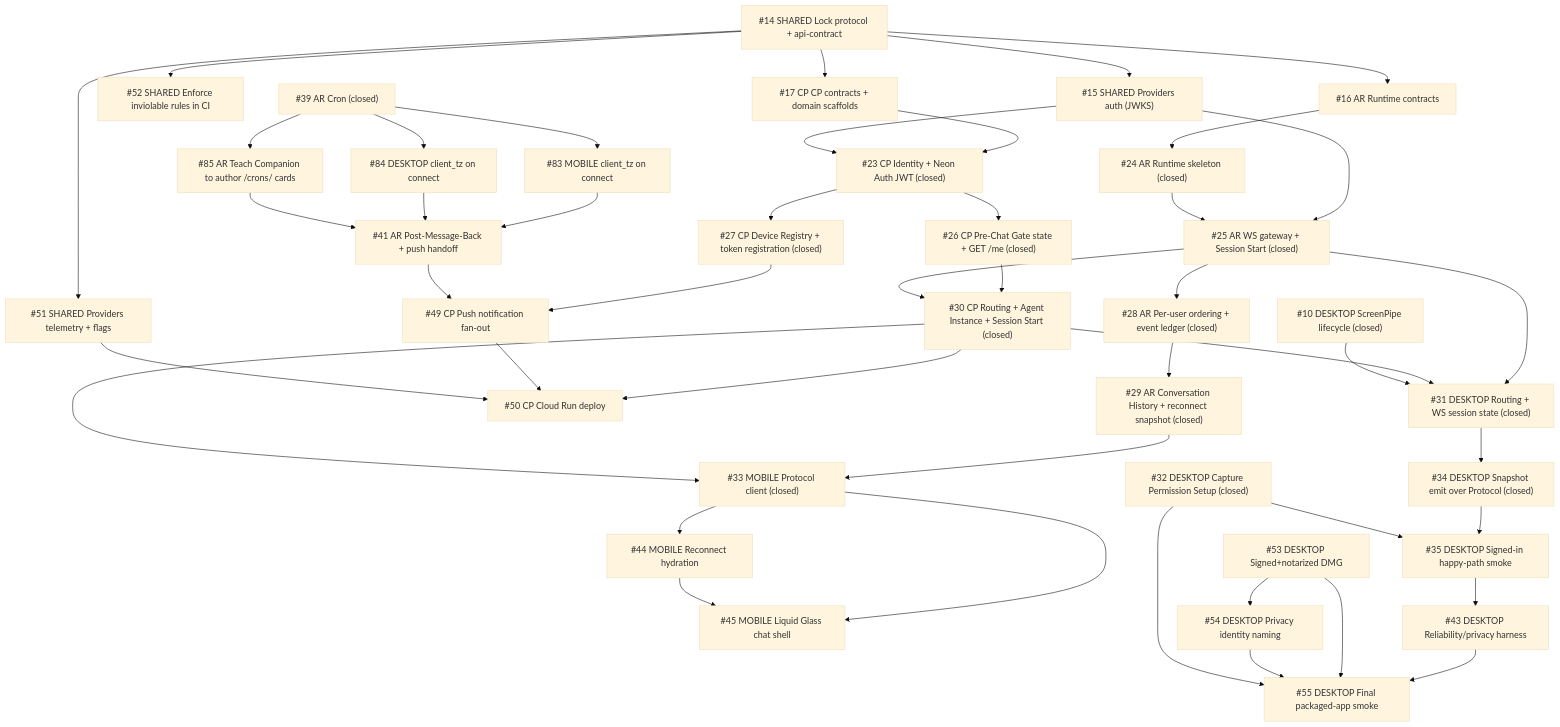
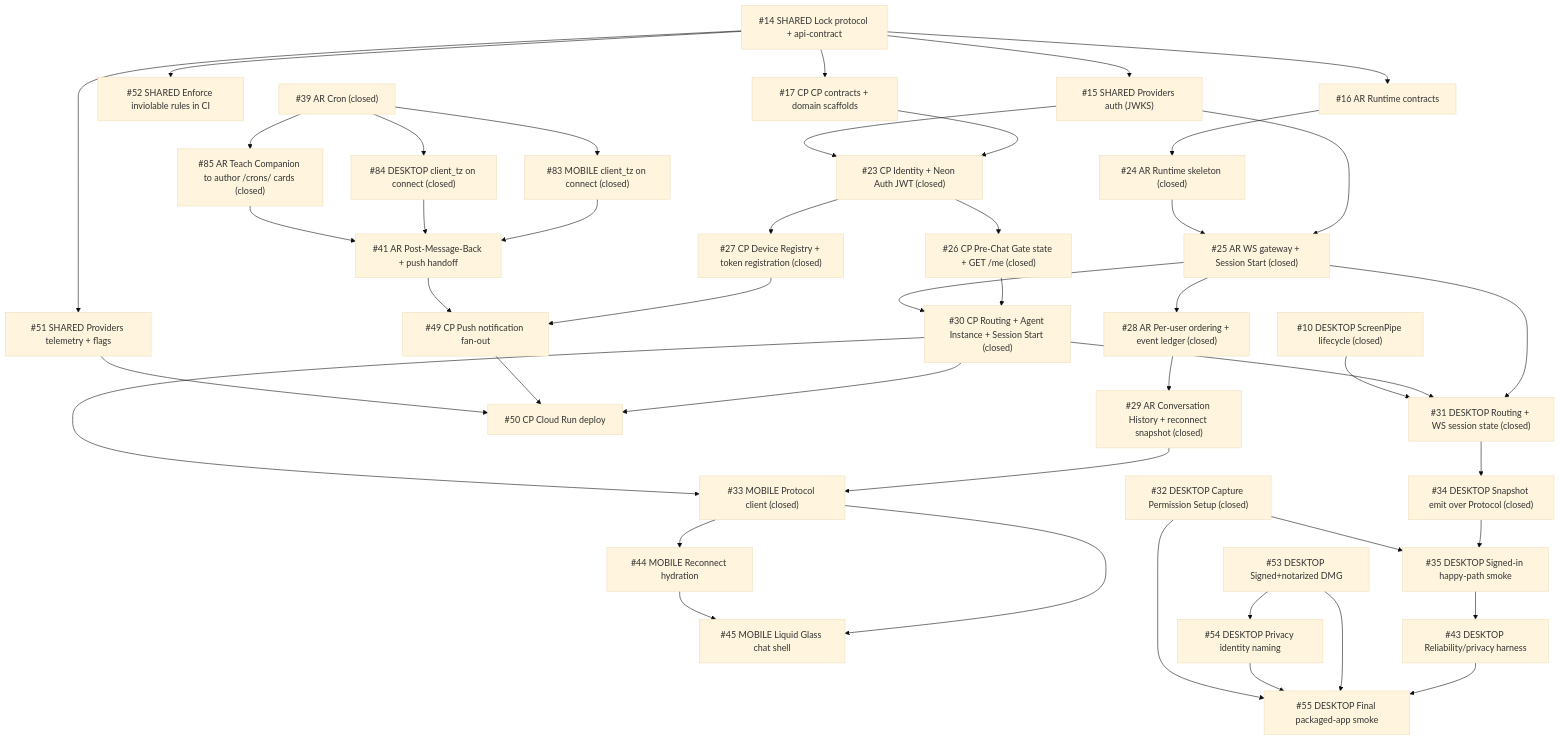
Before and after one commit to sruj75/Intentive: the diagram in docs/ISSUE-BOARD.md, drawn with Mermaid (base theme). The commit also changed other lines of this file and 13 other files, not shown here.

First line of the commit message:
Complete Cron activation lane: client_tz (#83, #84) and floor docs (#85) (#87)

````diff
--- a/docs/ISSUE-BOARD.md
+++ b/docs/ISSUE-BOARD.md
@@ -30,56 +28,56 @@
 ```mermaid
 flowchart TD
   N08["#14 SHARED Lock protocol + api-contract"] --> N09["#15 SHARED Providers auth (JWKS)"]
   N08 --> N45["#51 SHARED Providers telemetry + flags"]
   N08 --> N46["#52 SHARED Enforce inviolable rules in CI"]
 
   N08 --> N10["#16 AR Runtime contracts"]
   N08 --> N11["#17 CP CP contracts + domain scaffolds"]
 
   N10 --> N18["#24 AR Runtime skeleton (closed)"]
   N09 --> N19
   N18 --> N19["#25 AR WS gateway + Session Start (closed)"]
   N19 --> N22["#28 AR Per-user ordering + event ledger (closed)"]
   N22 --> N23["#29 AR Conversation History + reconnect snapshot (closed)"]
 
   N11 --> N17["#23 CP Identity + Neon Auth JWT (closed)"]
   N09 --> N17
   N17 --> N20["#26 CP Pre-Chat Gate state + GET /me (closed)"]
   N17 --> N21["#27 CP Device Registry + token registration (closed)"]
   N20 --> N24["#30 CP Routing + Agent Instance + Session Start (closed)"]
   N19 --> N24
   N21 --> N43["#49 CP Push notification fan-out"]
   N35["#41 AR Post-Message-Back + push handoff"] --> N43
   N24 --> N44["#50 CP Cloud Run deploy"]
   N43 --> N44
   N45 --> N44
 
   N23 --> N27["#33 MOBILE Protocol client (closed)"]
   N24 --> N27
   N27 --> N38["#44 MOBILE Reconnect hydration"]
   N27 --> N39["#45 MOBILE Liquid Glass chat shell"]
   N38 --> N39
 
   N19 --> N25["#31 DESKTOP Routing + WS session state (closed)"]
   N24 --> N25
   N04["#10 DESKTOP ScreenPipe lifecycle (closed)"] --> N25
   N25 --> N28["#34 DESKTOP Snapshot emit over Protocol (closed)"]
   N28 --> N29["#35 DESKTOP Signed-in happy-path smoke"]
 
   N47["#53 DESKTOP Signed+notarized DMG"] --> N48["#54 DESKTOP Privacy identity naming"]
   N26["#32 DESKTOP Capture Permission Setup (closed)"] --> N29
   N49["#55 DESKTOP Final packaged-app smoke"]
   N29 --> N37["#43 DESKTOP Reliability/privacy harness"]
   N37 --> N49
   N47 --> N49
   N48 --> N49
   N26 --> N49
 
-  %% Cron activation lane (#39 follow-ups) — must land before #41 lights up egress
-  N50["#39 AR Cron (closed)"] --> N51b["#83 MOBILE client_tz on connect"]
-  N50 --> N52b["#84 DESKTOP client_tz on connect"]
-  N50 --> N53b["#85 AR Teach Companion to author /crons/ cards"]
+  %% Cron activation lane (#39 follow-ups, closed)
+  N50["#39 AR Cron (closed)"] --> N51b["#83 MOBILE client_tz on connect (closed)"]
+  N50 --> N52b["#84 DESKTOP client_tz on connect (closed)"]
+  N50 --> N53b["#85 AR Teach Companion to author /crons/ cards (closed)"]
   N51b --> N35
   N52b --> N35
   N53b --> N35
 ```
````
